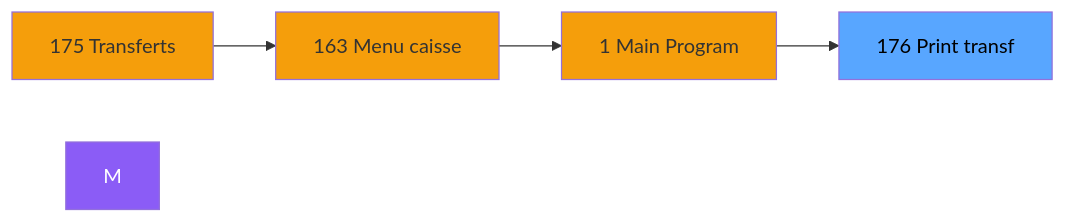
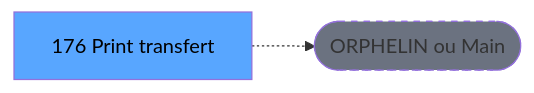
Before and after one commit to thonyAGP/lecteur-magic: the second of 3 diagrams in .openspec/specs/ADH-IDE-176.md, drawn with Mermaid. The commit also changed other lines of this file and 701 other files, not shown here.

````diff
--- a/.openspec/specs/ADH-IDE-176.md
+++ b/.openspec/specs/ADH-IDE-176.md
@@ -112,15 +120,8 @@
 ```mermaid
 graph LR
-    N175[175 Transferts]
-    N163[163 Menu caisse ]
-    N1[1 Main Program]
-    T[176 Print transf]
-    N175 --> N163
-    N163 --> N1
-    N1 --> T
-    style M fill:#8b5cf6,color:#fff
-    style N175 fill:#f59e0b
-    style N163 fill:#f59e0b
-    style N1 fill:#f59e0b
+    T[176 Print transfert]
+    ORPHAN([ORPHELIN ou Main])
+    T -.-> ORPHAN
     style T fill:#58a6ff,color:#000
+    style ORPHAN fill:#6b7280,stroke-dasharray: 5 5
 ```
````
